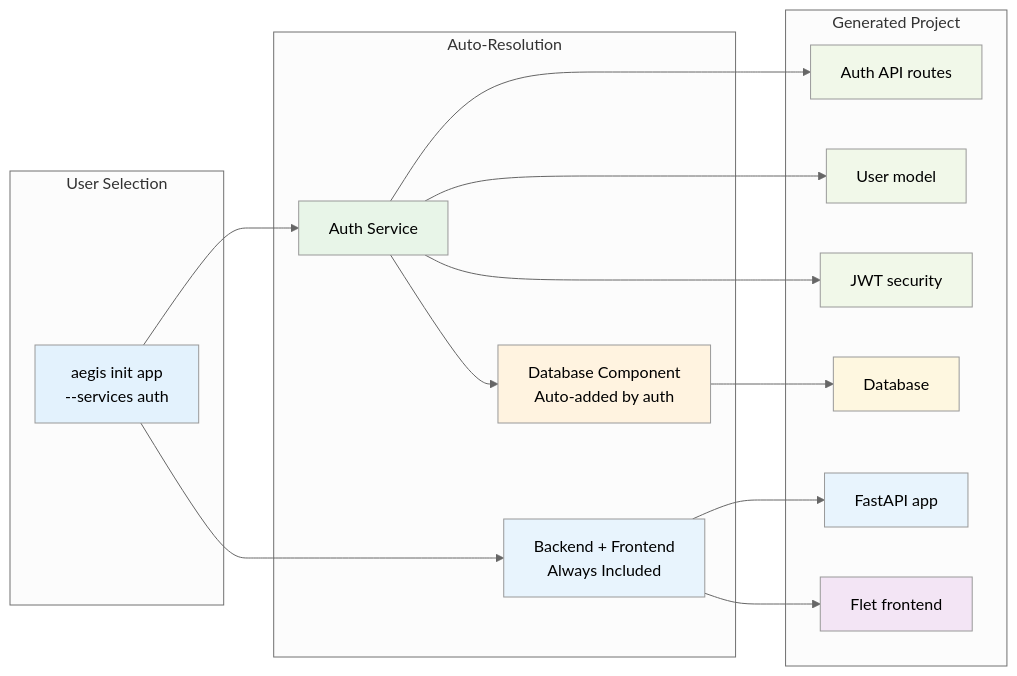
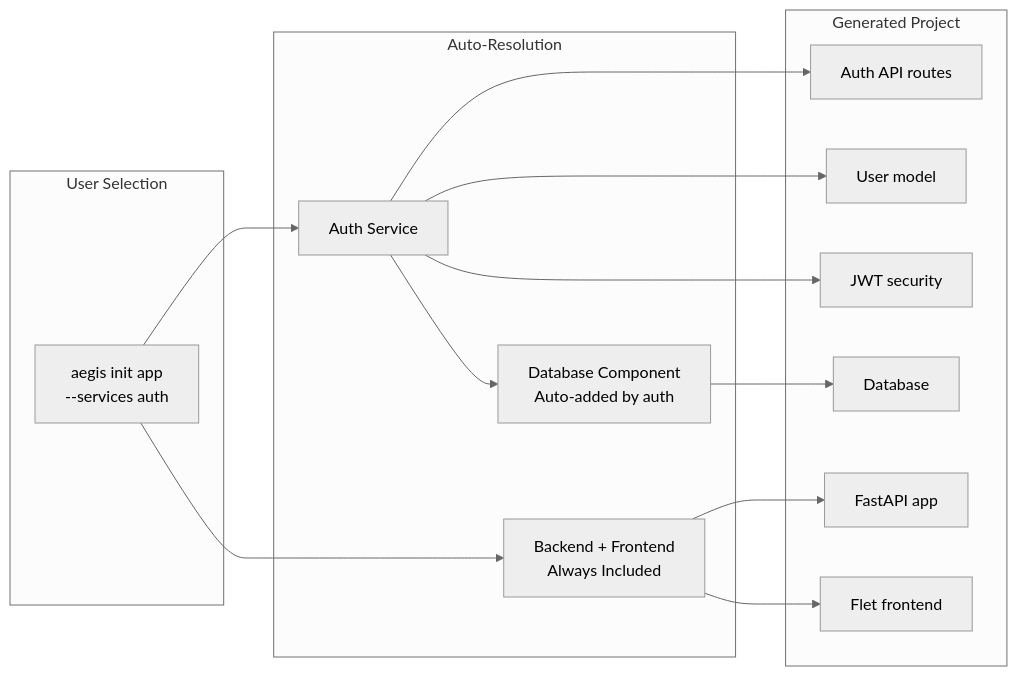
The second of 4 diagrams in docs/services/index.md (bhardwajRahul/aegis-stack), drawn with Mermaid (neutral theme) before and after one commit. The commit also changed other lines of this file and 26 other files, not shown here.

````diff
--- a/docs/services/index.md
+++ b/docs/services/index.md
@@ -85,43 +74,33 @@
 ```mermaid
 graph LR
     subgraph "User Selection"
-        UserChoice[aegis init app<br/>--services auth]
+        UserChoice["aegis init app<br/>--services auth"]
     end
 
     subgraph "Auto-Resolution"
-        CoreComponents[Backend + Frontend<br/>Always Included]
+        CoreComponents["Backend + Frontend<br/>Always Included"]
         AuthSvc[Auth Service]
-        DatabaseComp[Database Component<br/>Auto-added by auth]
+        DatabaseComp["Database Component<br/>Auto-added by auth"]
     end
 
     subgraph "Generated Project"
         AuthAPI["Auth API routes"]
         UserModel["User model"]
         JWT["JWT security"]
         DB[Database]
         API[FastAPI app]
         UI[Flet frontend]
     end
 
     UserChoice --> CoreComponents
     UserChoice --> AuthSvc
     AuthSvc --> DatabaseComp
 
     AuthSvc --> AuthAPI
     AuthSvc --> UserModel
     AuthSvc --> JWT
     DatabaseComp --> DB
     CoreComponents --> API
     CoreComponents --> UI
 
-    style UserChoice fill:#e3f2fd
-    style CoreComponents fill:#e8f4fd
-    style AuthSvc fill:#e8f5e8
-    style DatabaseComp fill:#fff3e0
-    style AuthAPI fill:#f1f8e9
-    style UserModel fill:#f1f8e9
-    style JWT fill:#f1f8e9
-    style DB fill:#fef7e0
-    style API fill:#e8f4fd
-    style UI fill:#f3e5f5
 ```
````
